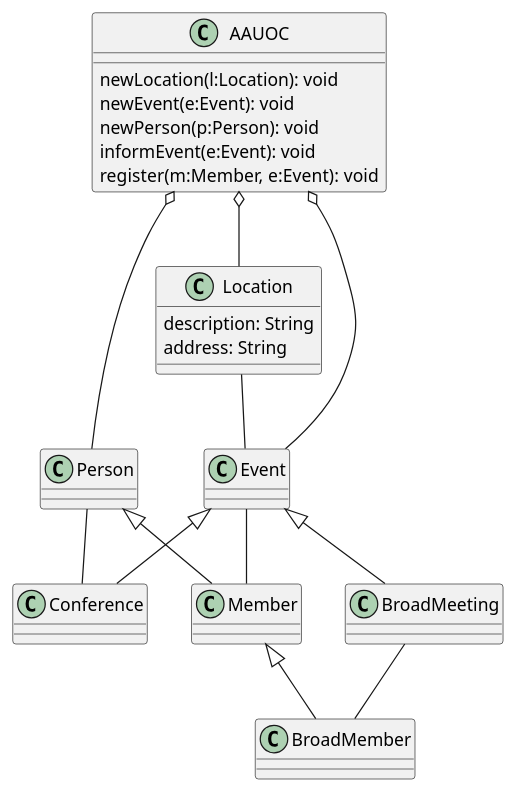
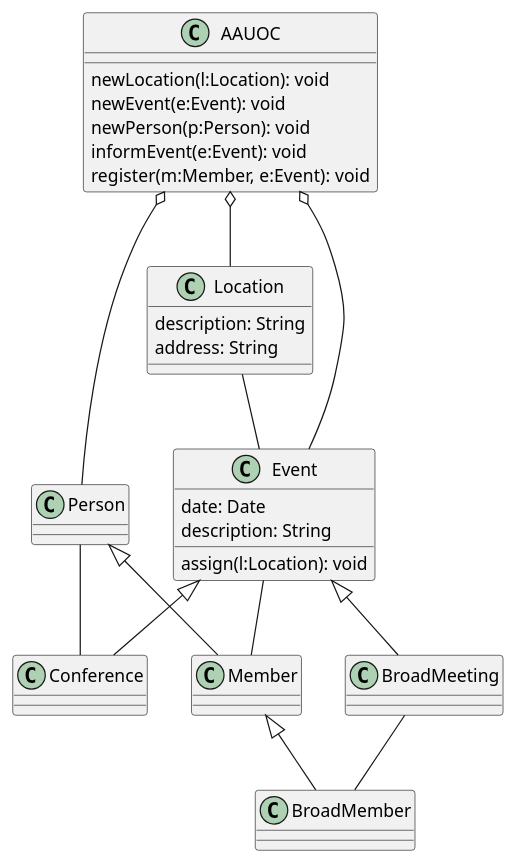
The diagram in P11_Diagrama_UML.puml (sandrasd89/UMLClasesSandra), drawn with PlantUML before and after one commit.

Commit message:
se han añadido atributos y metodos en event

```diff
--- a/P11_Diagrama_UML.puml
+++ b/P11_Diagrama_UML.puml
@@ -1,50 +1,53 @@
 @startuml
 
 class AAUOC {
     newLocation(l:Location): void
     newEvent(e:Event): void
     newPerson(p:Person): void
     informEvent(e:Event): void
     register(m:Member, e:Event): void
 
 }
 class Location {
     description: String
     address: String
 
 }
 class Event{
+    date: Date
+    description: String
+    assign(l:Location): void
 
 }
 class Conference {
 
 }
 class BroadMeeting{
 }
 
 class Person {
 
 }
 class Member{
 
 }
 
 class BroadMember {
 
 }
 
 AAUOC o-- Event
 AAUOC o-- Location
 AAUOC o-- Person
 Location -- Event
 Event <|-- Conference
 Event <|-- BroadMeeting
 Person <|-- Member
 Member <|-- BroadMember
 Event -- Member
 Person -- Conference
 BroadMeeting -- BroadMember
 
 
 
 @enduml
```
